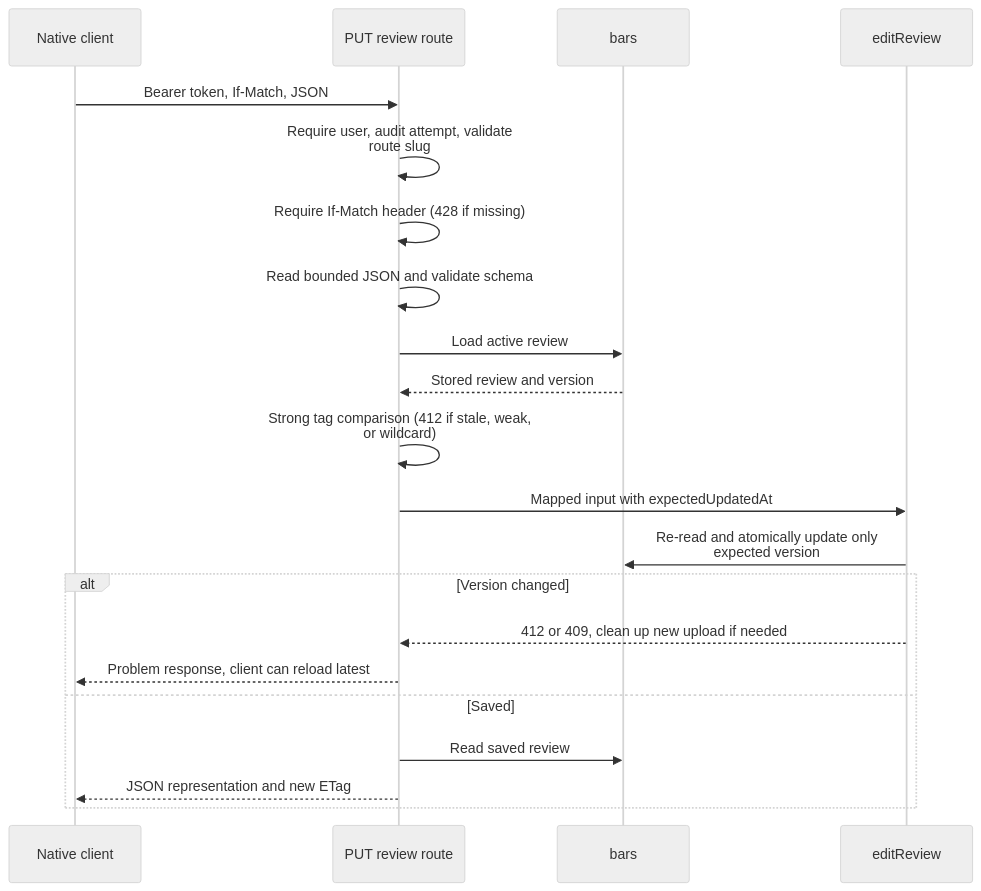
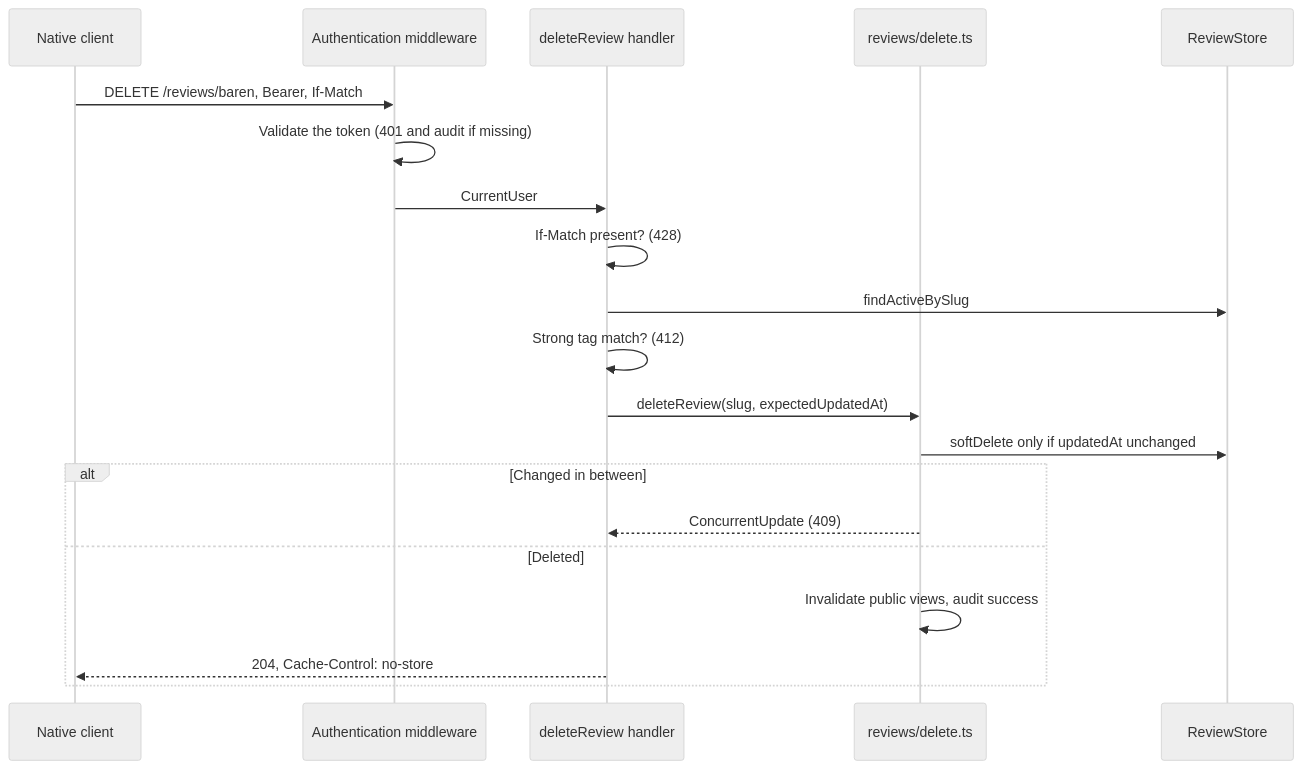
One commit to jonathan-lindqvist/enstorstarkreview changed the second of 2 diagrams in src/lib/server/api/README.md. Above: the diagram before and after it, drawn with Mermaid (neutral theme). The commit also changed other lines of this file and 21 other files, not shown here.

````diff
--- a/src/lib/server/api/README.md
+++ b/src/lib/server/api/README.md
@@ -47,23 +56,22 @@
 ```mermaid
 sequenceDiagram
     participant Client as Native client
-    participant Route as PUT review route
-    participant Mongo as bars
-    participant Workflow as editReview
-    Client->>Route: Bearer token, If-Match, JSON
-    Route->>Route: Require user, audit attempt, validate<br/>route slug
-    Route->>Route: Require If-Match header (428 if missing)
-    Route->>Route: Read bounded JSON and validate schema
-    Route->>Mongo: Load active review
-    Mongo-->>Route: Stored review and version
-    Route->>Route: Strong tag comparison (412 if stale, weak,<br/>or wildcard)
-    Route->>Workflow: Mapped input with expectedUpdatedAt
-    Workflow->>Mongo: Re-read and atomically update only<br/>expected version
-    alt Version changed
-        Workflow-->>Route: 412 or 409, clean up new upload if needed
-        Route-->>Client: Problem response, client can reload latest
-    else Saved
-        Route->>Mongo: Read saved review
-        Route-->>Client: JSON representation and new ETag
+    participant MW as Authentication middleware
+    participant Handler as deleteReview handler
+    participant Workflow as reviews/delete.ts
+    participant Store as ReviewStore
+    Client->>MW: DELETE /reviews/baren, Bearer, If-Match
+    MW->>MW: Validate the token (401 and audit if missing)
+    MW->>Handler: CurrentUser
+    Handler->>Handler: If-Match present? (428)
+    Handler->>Store: findActiveBySlug
+    Handler->>Handler: Strong tag match? (412)
+    Handler->>Workflow: deleteReview(slug, expectedUpdatedAt)
+    Workflow->>Store: softDelete only if updatedAt unchanged
+    alt Changed in between
+        Workflow-->>Handler: ConcurrentUpdate (409)
+    else Deleted
+        Workflow->>Workflow: Invalidate public views, audit success
+        Handler-->>Client: 204, Cache-Control: no-store
     end
 ```
````
